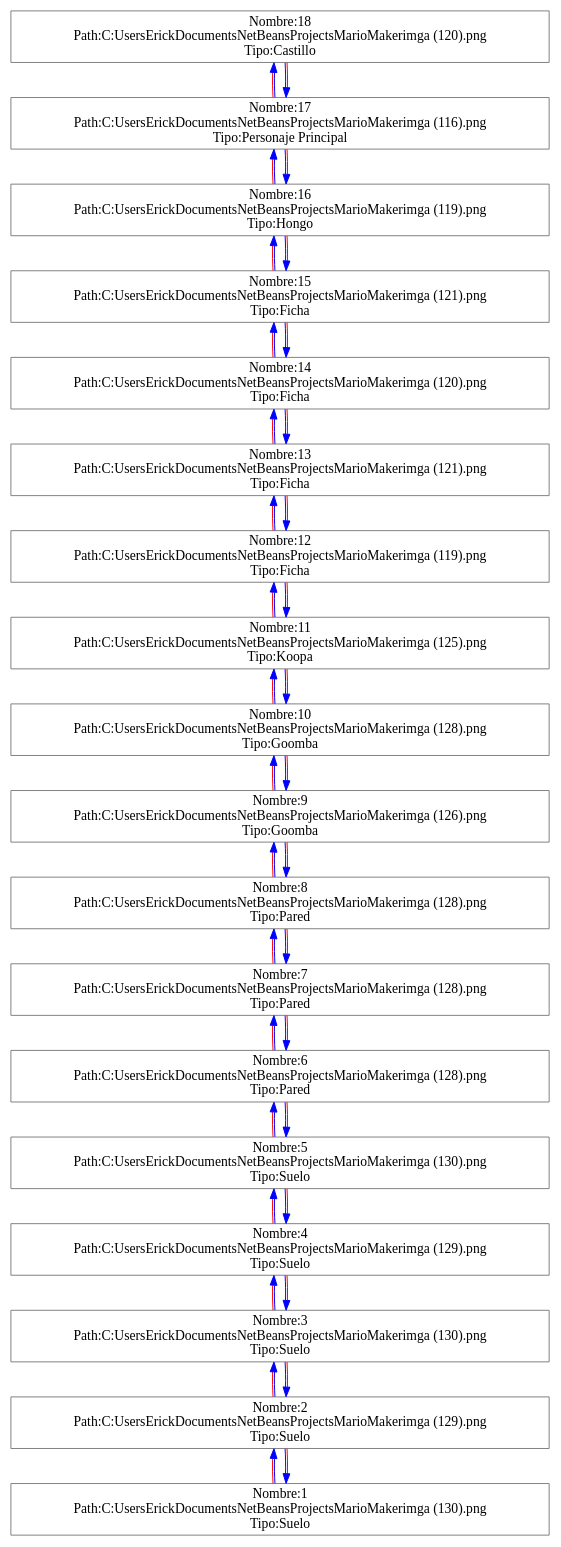
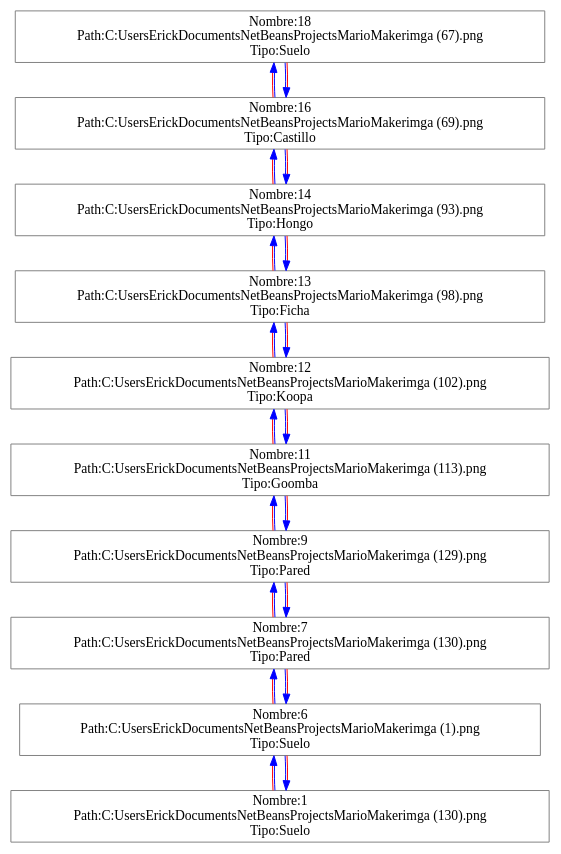
One commit to ErickTejaxun/Practica1s22015_201213050 changed the diagram in Cola-Pila.dot. Above: the diagram before and after it, drawn with Graphviz. The commit also changed 8 other files, not shown here.

```diff
--- a/Cola-Pila.dot
+++ b/Cola-Pila.dot
@@ -1,172 +1,92 @@
 digraph ColaAtencion {node [dir=both,shape=polygon, fontcolor="Black", height=0.5, color="Grey"]edge [color="blue", color="blue:red"]rankdir=BT
 "Nombre:1
 Path:C:\Users\Erick\Documents\NetBeansProjects\MarioMaker\img\a (130).png
-Tipo:Suelo"-> "Nombre:2
-Path:C:\Users\Erick\Documents\NetBeansProjects\MarioMaker\img\a (129).png
+Tipo:Suelo"-> "Nombre:6
+Path:C:\Users\Erick\Documents\NetBeansProjects\MarioMaker\img\a (1).png
 Tipo:Suelo"
-"Nombre:2
-Path:C:\Users\Erick\Documents\NetBeansProjects\MarioMaker\img\a (129).png
+"Nombre:6
+Path:C:\Users\Erick\Documents\NetBeansProjects\MarioMaker\img\a (1).png
 Tipo:Suelo"-> "Nombre:1
 Path:C:\Users\Erick\Documents\NetBeansProjects\MarioMaker\img\a (130).png
 Tipo:Suelo"
-"Nombre:2
-Path:C:\Users\Erick\Documents\NetBeansProjects\MarioMaker\img\a (129).png
-Tipo:Suelo"-> "Nombre:3
+"Nombre:6
+Path:C:\Users\Erick\Documents\NetBeansProjects\MarioMaker\img\a (1).png
+Tipo:Suelo"-> "Nombre:7
 Path:C:\Users\Erick\Documents\NetBeansProjects\MarioMaker\img\a (130).png
-Tipo:Suelo"
-"Nombre:3
-Path:C:\Users\Erick\Documents\NetBeansProjects\MarioMaker\img\a (130).png
-Tipo:Suelo"-> "Nombre:2
-Path:C:\Users\Erick\Documents\NetBeansProjects\MarioMaker\img\a (129).png
-Tipo:Suelo"
-"Nombre:3
-Path:C:\Users\Erick\Documents\NetBeansProjects\MarioMaker\img\a (130).png
-Tipo:Suelo"-> "Nombre:4
-Path:C:\Users\Erick\Documents\NetBeansProjects\MarioMaker\img\a (129).png
-Tipo:Suelo"
-"Nombre:4
-Path:C:\Users\Erick\Documents\NetBeansProjects\MarioMaker\img\a (129).png
-Tipo:Suelo"-> "Nombre:3
-Path:C:\Users\Erick\Documents\NetBeansProjects\MarioMaker\img\a (130).png
-Tipo:Suelo"
-"Nombre:4
-Path:C:\Users\Erick\Documents\NetBeansProjects\MarioMaker\img\a (129).png
-Tipo:Suelo"-> "Nombre:5
-Path:C:\Users\Erick\Documents\NetBeansProjects\MarioMaker\img\a (130).png
-Tipo:Suelo"
-"Nombre:5
-Path:C:\Users\Erick\Documents\NetBeansProjects\MarioMaker\img\a (130).png
-Tipo:Suelo"-> "Nombre:4
-Path:C:\Users\Erick\Documents\NetBeansProjects\MarioMaker\img\a (129).png
-Tipo:Suelo"
-"Nombre:5
-Path:C:\Users\Erick\Documents\NetBeansProjects\MarioMaker\img\a (130).png
-Tipo:Suelo"-> "Nombre:6
-Path:C:\Users\Erick\Documents\NetBeansProjects\MarioMaker\img\a (128).png
-Tipo:Pared"
-"Nombre:6
-Path:C:\Users\Erick\Documents\NetBeansProjects\MarioMaker\img\a (128).png
-Tipo:Pared"-> "Nombre:5
-Path:C:\Users\Erick\Documents\NetBeansProjects\MarioMaker\img\a (130).png
-Tipo:Suelo"
-"Nombre:6
-Path:C:\Users\Erick\Documents\NetBeansProjects\MarioMaker\img\a (128).png
-Tipo:Pared"-> "Nombre:7
-Path:C:\Users\Erick\Documents\NetBeansProjects\MarioMaker\img\a (128).png
 Tipo:Pared"
 "Nombre:7
-Path:C:\Users\Erick\Documents\NetBeansProjects\MarioMaker\img\a (128).png
+Path:C:\Users\Erick\Documents\NetBeansProjects\MarioMaker\img\a (130).png
 Tipo:Pared"-> "Nombre:6
-Path:C:\Users\Erick\Documents\NetBeansProjects\MarioMaker\img\a (128).png
-Tipo:Pared"
+Path:C:\Users\Erick\Documents\NetBeansProjects\MarioMaker\img\a (1).png
+Tipo:Suelo"
 "Nombre:7
-Path:C:\Users\Erick\Documents\NetBeansProjects\MarioMaker\img\a (128).png
-Tipo:Pared"-> "Nombre:8
-Path:C:\Users\Erick\Documents\NetBeansProjects\MarioMaker\img\a (128).png
-Tipo:Pared"
-"Nombre:8
-Path:C:\Users\Erick\Documents\NetBeansProjects\MarioMaker\img\a (128).png
-Tipo:Pared"-> "Nombre:7
-Path:C:\Users\Erick\Documents\NetBeansProjects\MarioMaker\img\a (128).png
-Tipo:Pared"
-"Nombre:8
-Path:C:\Users\Erick\Documents\NetBeansProjects\MarioMaker\img\a (128).png
+Path:C:\Users\Erick\Documents\NetBeansProjects\MarioMaker\img\a (130).png
 Tipo:Pared"-> "Nombre:9
-Path:C:\Users\Erick\Documents\NetBeansProjects\MarioMaker\img\a (126).png
-Tipo:Goomba"
-"Nombre:9
-Path:C:\Users\Erick\Documents\NetBeansProjects\MarioMaker\img\a (126).png
-Tipo:Goomba"-> "Nombre:8
-Path:C:\Users\Erick\Documents\NetBeansProjects\MarioMaker\img\a (128).png
+Path:C:\Users\Erick\Documents\NetBeansProjects\MarioMaker\img\a (129).png
 Tipo:Pared"
 "Nombre:9
-Path:C:\Users\Erick\Documents\NetBeansProjects\MarioMaker\img\a (126).png
-Tipo:Goomba"-> "Nombre:10
-Path:C:\Users\Erick\Documents\NetBeansProjects\MarioMaker\img\a (128).png
-Tipo:Goomba"
-"Nombre:10
-Path:C:\Users\Erick\Documents\NetBeansProjects\MarioMaker\img\a (128).png
-Tipo:Goomba"-> "Nombre:9
-Path:C:\Users\Erick\Documents\NetBeansProjects\MarioMaker\img\a (126).png
-Tipo:Goomba"
-"Nombre:10
-Path:C:\Users\Erick\Documents\NetBeansProjects\MarioMaker\img\a (128).png
-Tipo:Goomba"-> "Nombre:11
-Path:C:\Users\Erick\Documents\NetBeansProjects\MarioMaker\img\a (125).png
-Tipo:Koopa"
-"Nombre:11
-Path:C:\Users\Erick\Documents\NetBeansProjects\MarioMaker\img\a (125).png
-Tipo:Koopa"-> "Nombre:10
-Path:C:\Users\Erick\Documents\NetBeansProjects\MarioMaker\img\a (128).png
+Path:C:\Users\Erick\Documents\NetBeansProjects\MarioMaker\img\a (129).png
+Tipo:Pared"-> "Nombre:7
+Path:C:\Users\Erick\Documents\NetBeansProjects\MarioMaker\img\a (130).png
+Tipo:Pared"
+"Nombre:9
+Path:C:\Users\Erick\Documents\NetBeansProjects\MarioMaker\img\a (129).png
+Tipo:Pared"-> "Nombre:11
+Path:C:\Users\Erick\Documents\NetBeansProjects\MarioMaker\img\a (113).png
 Tipo:Goomba"
 "Nombre:11
-Path:C:\Users\Erick\Documents\NetBeansProjects\MarioMaker\img\a (125).png
-Tipo:Koopa"-> "Nombre:12
-Path:C:\Users\Erick\Documents\NetBeansProjects\MarioMaker\img\a (119).png
-Tipo:Ficha"
-"Nombre:12
-Path:C:\Users\Erick\Documents\NetBeansProjects\MarioMaker\img\a (119).png
-Tipo:Ficha"-> "Nombre:11
-Path:C:\Users\Erick\Documents\NetBeansProjects\MarioMaker\img\a (125).png
+Path:C:\Users\Erick\Documents\NetBeansProjects\MarioMaker\img\a (113).png
+Tipo:Goomba"-> "Nombre:9
+Path:C:\Users\Erick\Documents\NetBeansProjects\MarioMaker\img\a (129).png
+Tipo:Pared"
+"Nombre:11
+Path:C:\Users\Erick\Documents\NetBeansProjects\MarioMaker\img\a (113).png
+Tipo:Goomba"-> "Nombre:12
+Path:C:\Users\Erick\Documents\NetBeansProjects\MarioMaker\img\a (102).png
 Tipo:Koopa"
 "Nombre:12
-Path:C:\Users\Erick\Documents\NetBeansProjects\MarioMaker\img\a (119).png
-Tipo:Ficha"-> "Nombre:13
-Path:C:\Users\Erick\Documents\NetBeansProjects\MarioMaker\img\a (121).png
+Path:C:\Users\Erick\Documents\NetBeansProjects\MarioMaker\img\a (102).png
+Tipo:Koopa"-> "Nombre:11
+Path:C:\Users\Erick\Documents\NetBeansProjects\MarioMaker\img\a (113).png
+Tipo:Goomba"
+"Nombre:12
+Path:C:\Users\Erick\Documents\NetBeansProjects\MarioMaker\img\a (102).png
+Tipo:Koopa"-> "Nombre:13
+Path:C:\Users\Erick\Documents\NetBeansProjects\MarioMaker\img\a (98).png
 Tipo:Ficha"
 "Nombre:13
-Path:C:\Users\Erick\Documents\NetBeansProjects\MarioMaker\img\a (121).png
+Path:C:\Users\Erick\Documents\NetBeansProjects\MarioMaker\img\a (98).png
 Tipo:Ficha"-> "Nombre:12
-Path:C:\Users\Erick\Documents\NetBeansProjects\MarioMaker\img\a (119).png
-Tipo:Ficha"
+Path:C:\Users\Erick\Documents\NetBeansProjects\MarioMaker\img\a (102).png
+Tipo:Koopa"
 "Nombre:13
-Path:C:\Users\Erick\Documents\NetBeansProjects\MarioMaker\img\a (121).png
+Path:C:\Users\Erick\Documents\NetBeansProjects\MarioMaker\img\a (98).png
 Tipo:Ficha"-> "Nombre:14
-Path:C:\Users\Erick\Documents\NetBeansProjects\MarioMaker\img\a (120).png
+Path:C:\Users\Erick\Documents\NetBeansProjects\MarioMaker\img\a (93).png
+Tipo:Hongo"
+"Nombre:14
+Path:C:\Users\Erick\Documents\NetBeansProjects\MarioMaker\img\a (93).png
+Tipo:Hongo"-> "Nombre:13
+Path:C:\Users\Erick\Documents\NetBeansProjects\MarioMaker\img\a (98).png
 Tipo:Ficha"
 "Nombre:14
-Path:C:\Users\Erick\Documents\NetBeansProjects\MarioMaker\img\a (120).png
-Tipo:Ficha"-> "Nombre:13
-Path:C:\Users\Erick\Documents\NetBeansProjects\MarioMaker\img\a (121).png
-Tipo:Ficha"
-"Nombre:14
-Path:C:\Users\Erick\Documents\NetBeansProjects\MarioMaker\img\a (120).png
-Tipo:Ficha"-> "Nombre:15
-Path:C:\Users\Erick\Documents\NetBeansProjects\MarioMaker\img\a (121).png
-Tipo:Ficha"
-"Nombre:15
-Path:C:\Users\Erick\Documents\NetBeansProjects\MarioMaker\img\a (121).png
-Tipo:Ficha"-> "Nombre:14
-Path:C:\Users\Erick\Documents\NetBeansProjects\MarioMaker\img\a (120).png
-Tipo:Ficha"
-"Nombre:15
-Path:C:\Users\Erick\Documents\NetBeansProjects\MarioMaker\img\a (121).png
-Tipo:Ficha"-> "Nombre:16
-Path:C:\Users\Erick\Documents\NetBeansProjects\MarioMaker\img\a (119).png
+Path:C:\Users\Erick\Documents\NetBeansProjects\MarioMaker\img\a (93).png
+Tipo:Hongo"-> "Nombre:16
+Path:C:\Users\Erick\Documents\NetBeansProjects\MarioMaker\img\a (69).png
+Tipo:Castillo"
+"Nombre:16
+Path:C:\Users\Erick\Documents\NetBeansProjects\MarioMaker\img\a (69).png
+Tipo:Castillo"-> "Nombre:14
+Path:C:\Users\Erick\Documents\NetBeansProjects\MarioMaker\img\a (93).png
 Tipo:Hongo"
 "Nombre:16
-Path:C:\Users\Erick\Documents\NetBeansProjects\MarioMaker\img\a (119).png
-Tipo:Hongo"-> "Nombre:15
-Path:C:\Users\Erick\Documents\NetBeansProjects\MarioMaker\img\a (121).png
-Tipo:Ficha"
-"Nombre:16
-Path:C:\Users\Erick\Documents\NetBeansProjects\MarioMaker\img\a (119).png
-Tipo:Hongo"-> "Nombre:17
-Path:C:\Users\Erick\Documents\NetBeansProjects\MarioMaker\img\a (116).png
-Tipo:Personaje Principal"
-"Nombre:17
-Path:C:\Users\Erick\Documents\NetBeansProjects\MarioMaker\img\a (116).png
-Tipo:Personaje Principal"-> "Nombre:16
-Path:C:\Users\Erick\Documents\NetBeansProjects\MarioMaker\img\a (119).png
-Tipo:Hongo"
-"Nombre:17
-Path:C:\Users\Erick\Documents\NetBeansProjects\MarioMaker\img\a (116).png
-Tipo:Personaje Principal"-> "Nombre:18
-Path:C:\Users\Erick\Documents\NetBeansProjects\MarioMaker\img\a (120).png
+Path:C:\Users\Erick\Documents\NetBeansProjects\MarioMaker\img\a (69).png
+Tipo:Castillo"-> "Nombre:18
+Path:C:\Users\Erick\Documents\NetBeansProjects\MarioMaker\img\a (67).png
+Tipo:Suelo"
+"Nombre:18
+Path:C:\Users\Erick\Documents\NetBeansProjects\MarioMaker\img\a (67).png
+Tipo:Suelo"-> "Nombre:16
+Path:C:\Users\Erick\Documents\NetBeansProjects\MarioMaker\img\a (69).png
 Tipo:Castillo"
-"Nombre:18
-Path:C:\Users\Erick\Documents\NetBeansProjects\MarioMaker\img\a (120).png
-Tipo:Castillo"-> "Nombre:17
-Path:C:\Users\Erick\Documents\NetBeansProjects\MarioMaker\img\a (116).png
-Tipo:Personaje Principal"
 }
```
